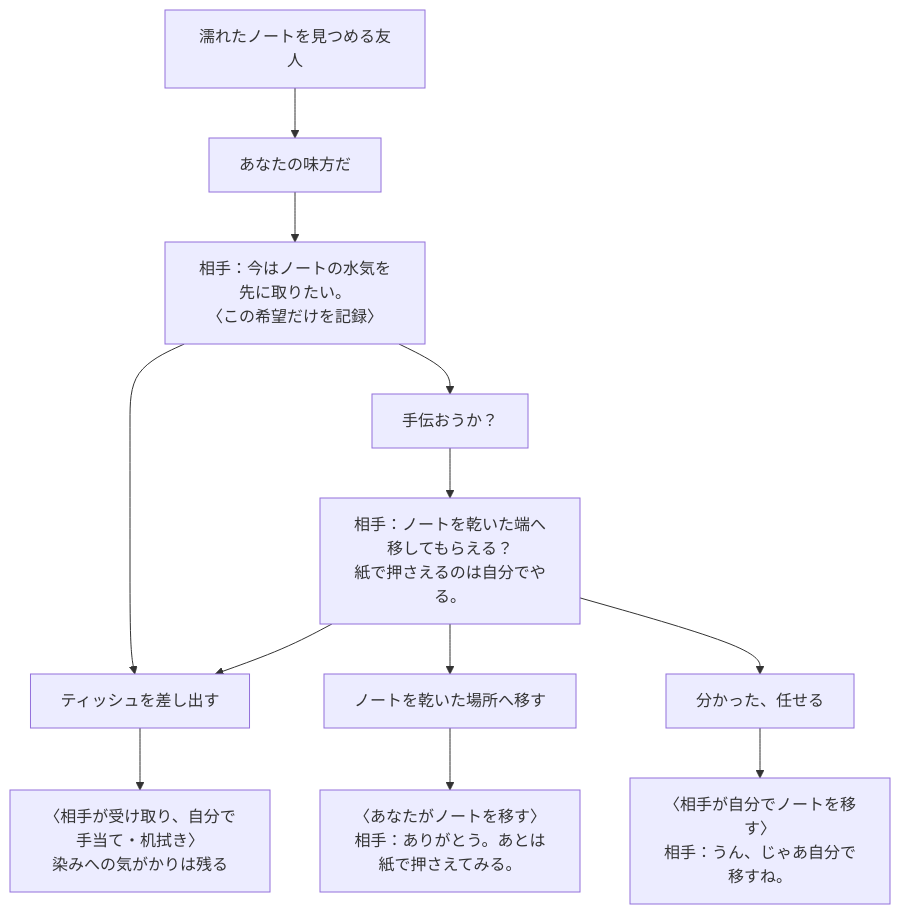
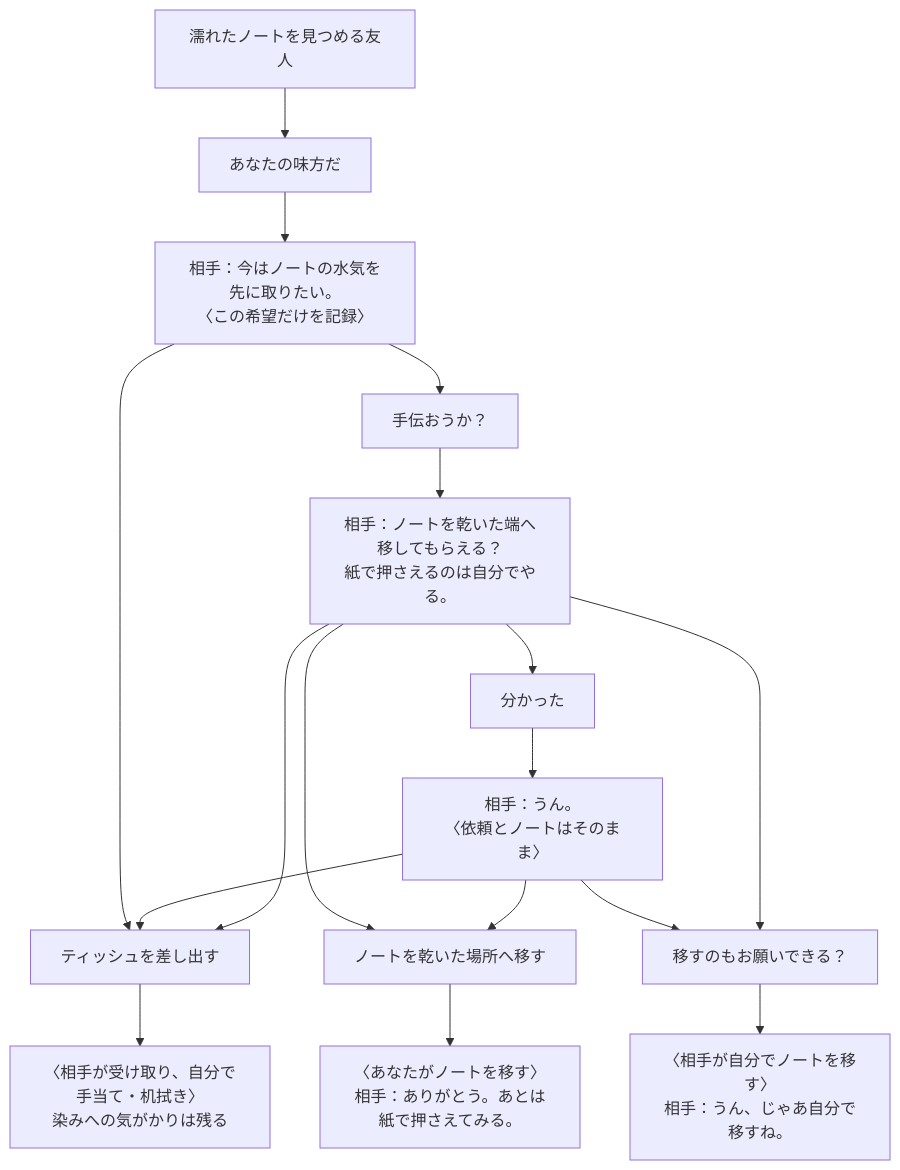
Before and after one commit to shirai-masatomo/whitespace: the second of 3 diagrams in docs/COFFEE_FLOW.md, drawn with Mermaid. The commit also changed other lines of this file and 12 other files, not shown here.

````diff
--- a/docs/COFFEE_FLOW.md
+++ b/docs/COFFEE_FLOW.md
@@ -35,14 +35,19 @@
 ```mermaid
 flowchart TB
   start["濡れたノートを見つめる友人"] --> support["あなたの味方だ"]
   support --> wish["相手：今はノートの水気を先に取りたい。<br/>〈この希望だけを記録〉"]
   wish --> paper["ティッシュを差し出す"]
   paper --> care["〈相手が受け取り、自分で手当て・机拭き〉<br/>染みへの気がかりは残る"]
   wish --> help["手伝おうか？"]
   help --> request["相手：ノートを乾いた端へ移してもらえる？<br/>紙で押さえるのは自分でやる。"]
   request --> move["ノートを乾いた場所へ移す"]
-  request --> entrust["分かった、任せる"]
+  request --> ack["分かった"]
+  ack --> pending["相手：うん。<br/>〈依頼とノートはそのまま〉"]
+  pending --> move
+  pending --> entrust
+  pending --> paper
+  request --> entrust["移すのもお願いできる？"]
   request --> paper
   move --> player["〈あなたがノートを移す〉<br/>相手：ありがとう。あとは紙で押さえてみる。"]
   entrust --> owner["〈相手が自分でノートを移す〉<br/>相手：うん、じゃあ自分で移すね。"]
 ```
````
